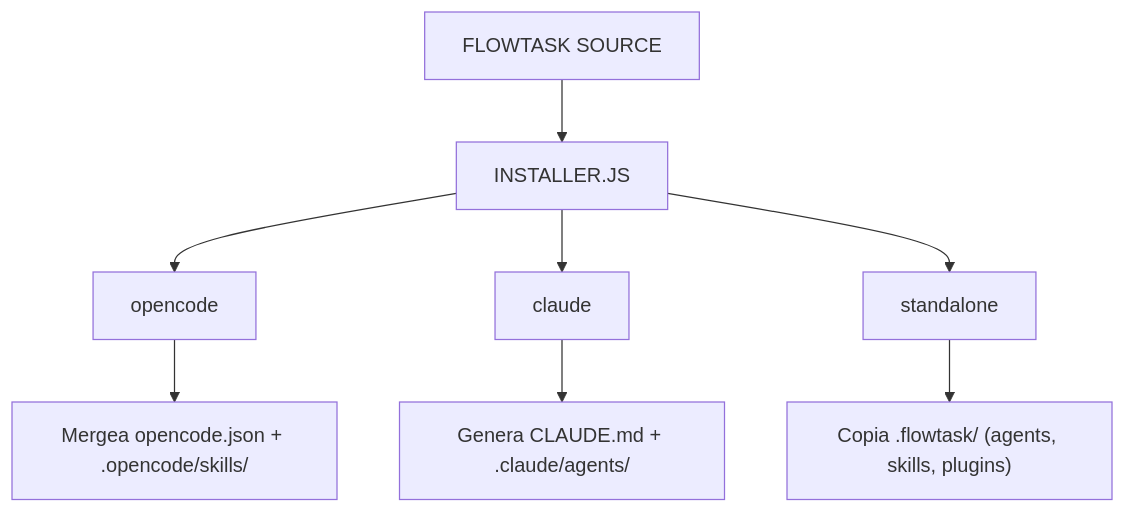
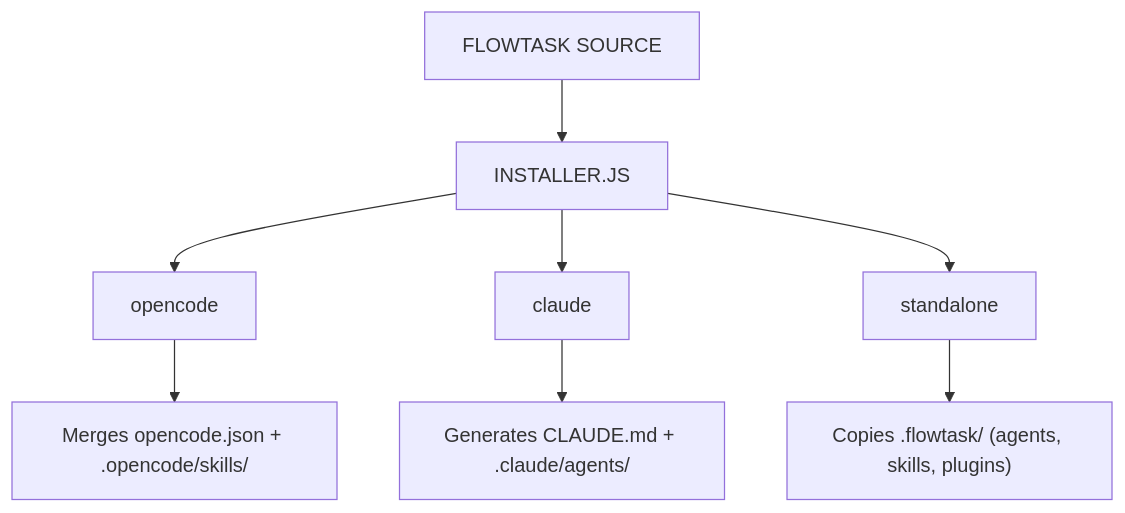
The diagram in docs/architecture/instalacion.md (Saez520/flowtask), drawn with Mermaid before and after one commit. The commit also changed other lines of this file and 57 other files, not shown here.

````diff
--- a/docs/architecture/instalacion.md
+++ b/docs/architecture/instalacion.md
@@ -7,10 +7,10 @@
 ```mermaid
 flowchart TD
     SRC["FLOWTASK SOURCE"] --> INST["INSTALLER.JS"]
     INST --> OC["opencode"]
     INST --> CL["claude"]
     INST --> ST["standalone"]
-    OC --> OCM["Mergea opencode.json + .opencode/skills/"]
-    CL --> CLM["Genera CLAUDE.md + .claude/agents/"]
-    ST --> STM["Copia .flowtask/ (agents, skills, plugins)"]
+    OC --> OCM["Merges opencode.json + .opencode/skills/"]
+    CL --> CLM["Generates CLAUDE.md + .claude/agents/"]
+    ST --> STM["Copies .flowtask/ (agents, skills, plugins)"]
 ```
````
